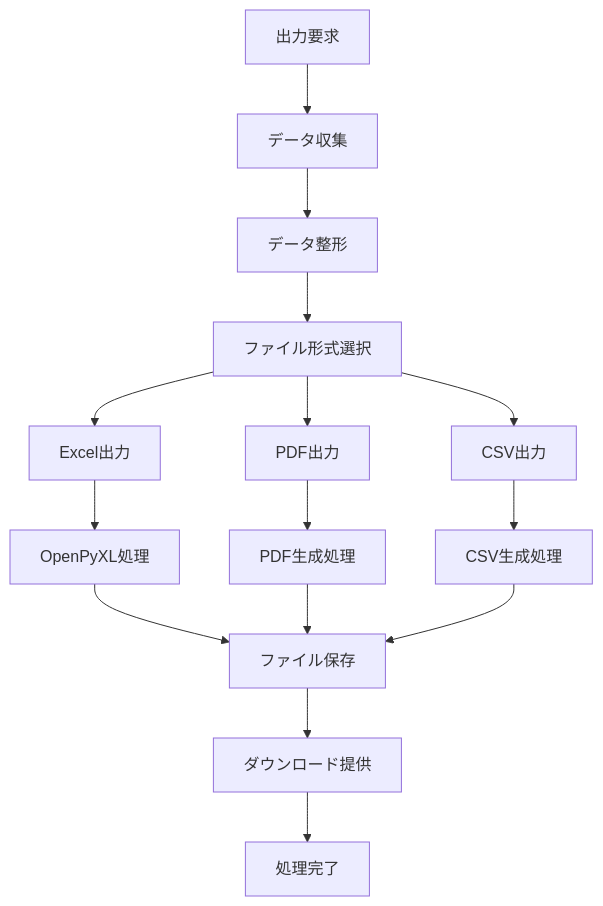
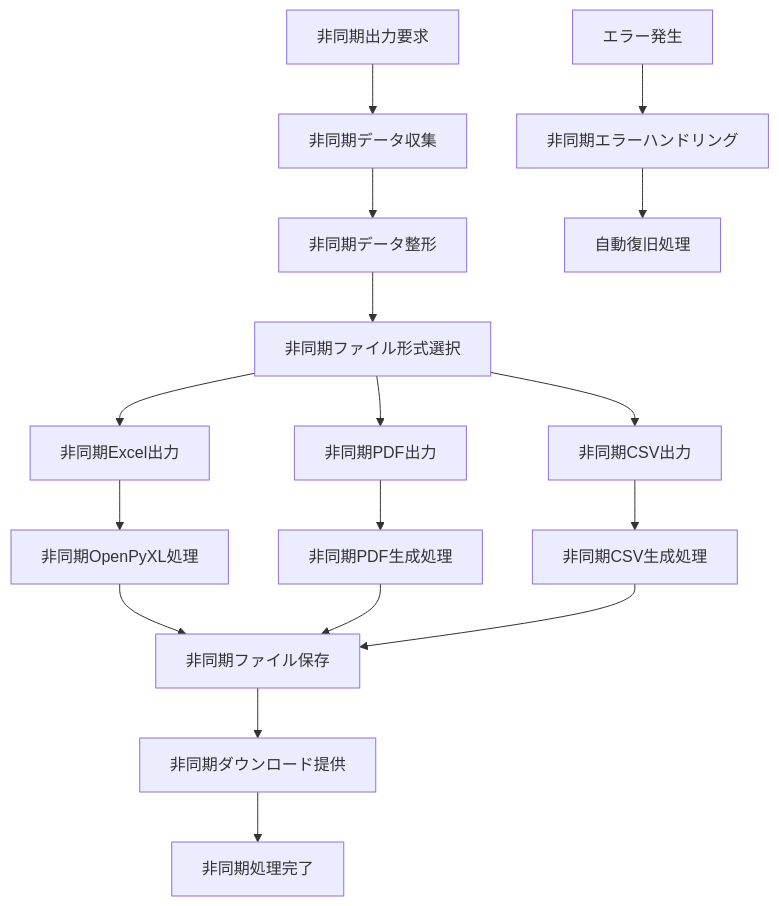
One commit to takashi-oi/qc_ariken_tpkyo changed the ninth of 12 diagrams in docs/関数フロー図.md. Above: the diagram before and after it, drawn with Mermaid. The commit also changed other lines of this file and 28 other files, not shown here.

````diff
--- a/docs/関数フロー図.md
+++ b/docs/関数フロー図.md
@@ -174,21 +206,24 @@
 ```mermaid
 graph TD
-    A[出力要求] --> B[データ収集]
-    B --> C[データ整形]
-    C --> D[ファイル形式選択]
-    
-    D --> E[Excel出力]
-    D --> F[PDF出力]
-    D --> G[CSV出力]
-    
-    E --> H[OpenPyXL処理]
-    F --> I[PDF生成処理]
-    G --> J[CSV生成処理]
-    
-    H --> K[ファイル保存]
+    A[非同期出力要求] --> B[非同期データ収集]
+    B --> C[非同期データ整形]
+    C --> D[非同期ファイル形式選択]
+
+    D --> E[非同期Excel出力]
+    D --> F[非同期PDF出力]
+    D --> G[非同期CSV出力]
+
+    E --> H[非同期OpenPyXL処理]
+    F --> I[非同期PDF生成処理]
+    G --> J[非同期CSV生成処理]
+
+    H --> K[非同期ファイル保存]
     I --> K
     J --> K
-    
-    K --> L[ダウンロード提供]
-    L --> M[処理完了]
+
+    K --> L[非同期ダウンロード提供]
+    L --> M[非同期処理完了]
+
+    N[エラー発生] --> O[非同期エラーハンドリング]
+    O --> P[自動復旧処理]
 ```
````
